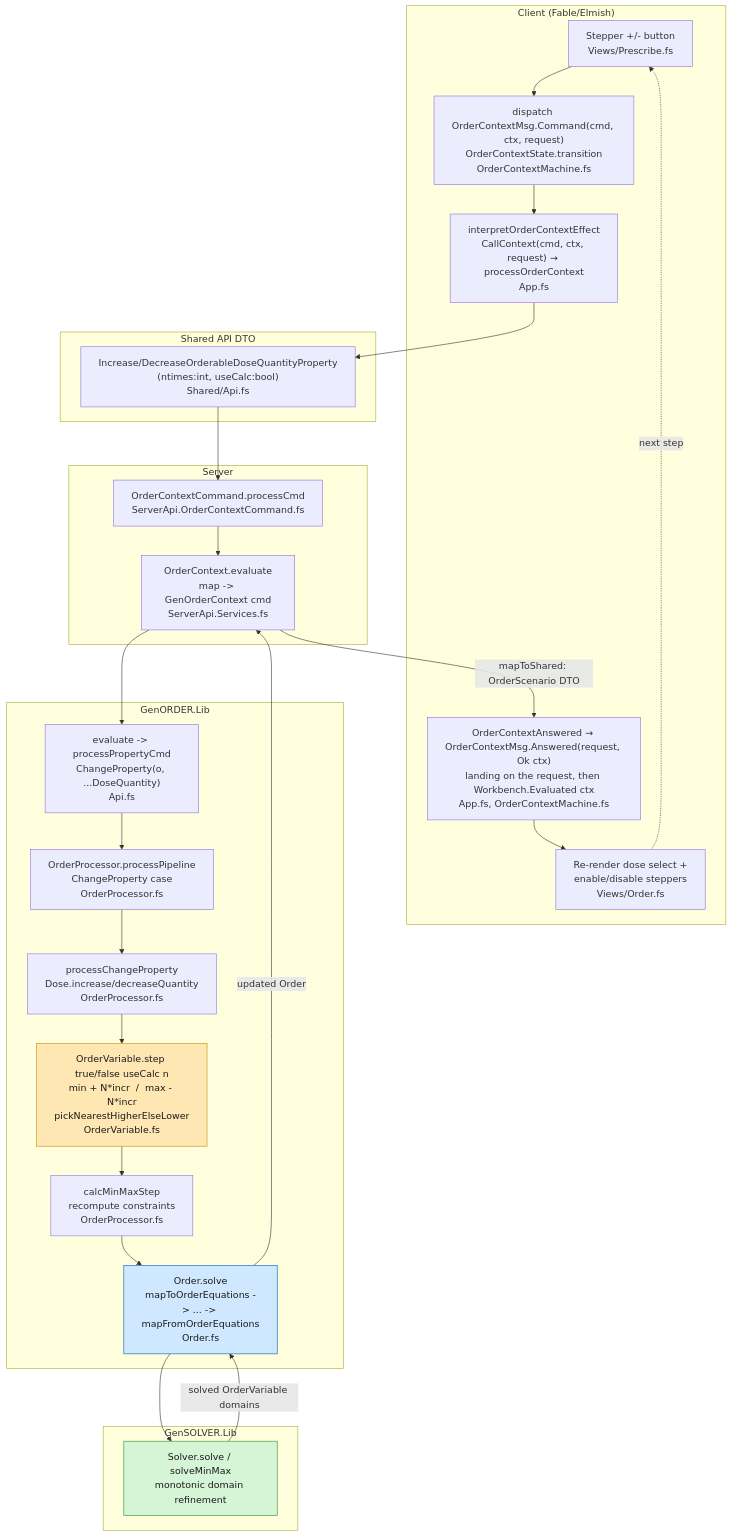
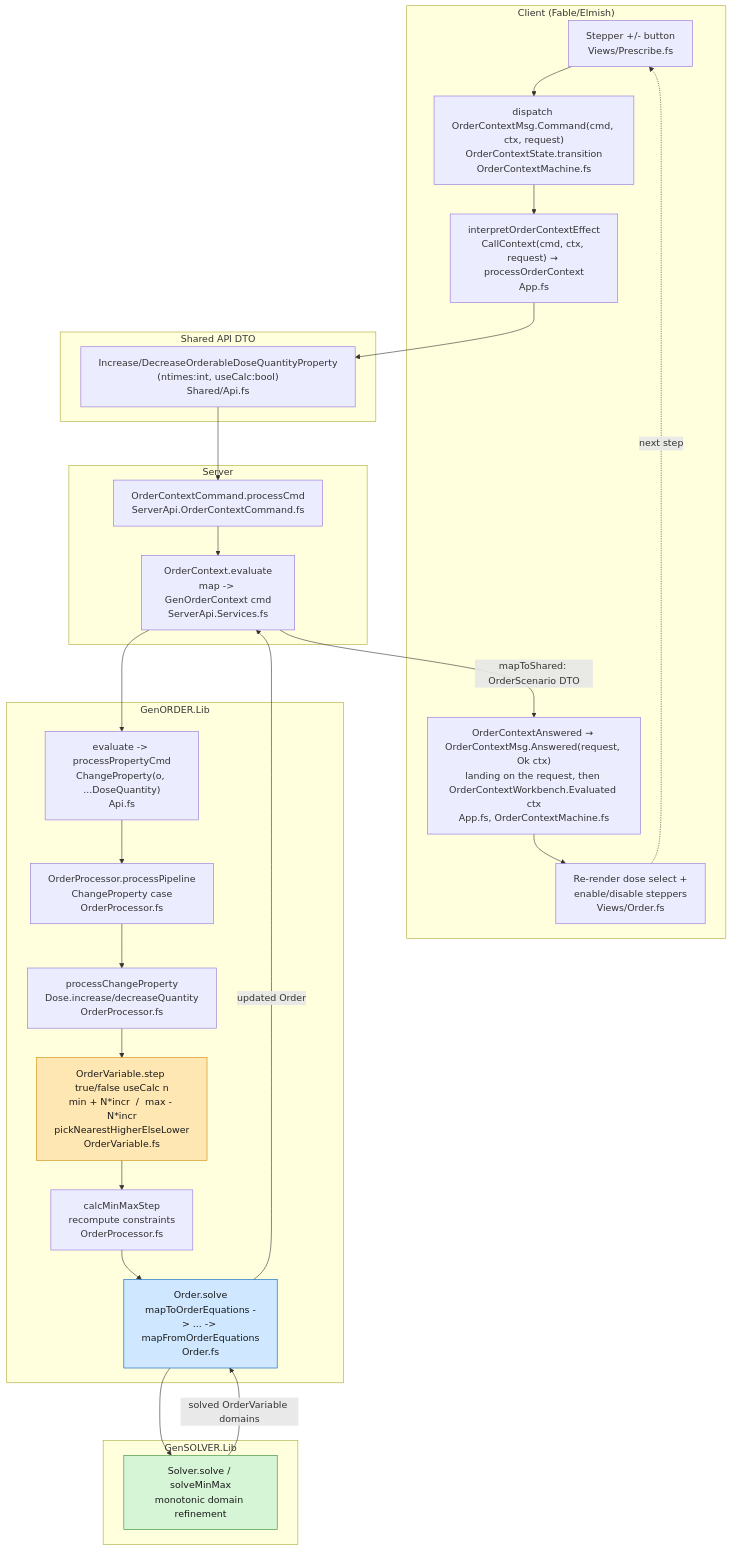
One commit to informedica/GenPRES changed the first of 2 diagrams in docs/domain/dose-quantity-stepping-flow.md. Above: the diagram before and after it, drawn with Mermaid. The commit also changed other lines of this file and 2 other files, not shown here.

First line of the commit message:
refactor(client): the workbench tier named after its lane

````diff
--- a/docs/domain/dose-quantity-stepping-flow.md
+++ b/docs/domain/dose-quantity-stepping-flow.md
@@ -7,43 +7,43 @@
 ```mermaid
 flowchart TD
     subgraph CLIENT["Client (Fable/Elmish)"]
         UI["Stepper +/- button<br/>Views/Prescribe.fs"]
         MSG["dispatch OrderContextMsg.Command(cmd, ctx, request)<br/>OrderContextState.transition<br/>OrderContextMachine.fs"]
         CALL["interpretOrderContextEffect<br/>CallContext(cmd, ctx, request) → processOrderContext<br/>App.fs"]
-        RESP["OrderContextAnswered → OrderContextMsg.Answered(request, Ok ctx)<br/>landing on the request, then Workbench.Evaluated ctx<br/>App.fs, OrderContextMachine.fs"]
+        RESP["OrderContextAnswered → OrderContextMsg.Answered(request, Ok ctx)<br/>landing on the request, then OrderContextWorkbench.Evaluated ctx<br/>App.fs, OrderContextMachine.fs"]
         RENDER["Re-render dose select +<br/>enable/disable steppers<br/>Views/Order.fs"]
     end
 
     subgraph SHARED["Shared API DTO"]
         CMD["Increase/DecreaseOrderableDoseQuantityProperty<br/>(ntimes:int, useCalc:bool)<br/>Shared/Api.fs"]
     end
 
     subgraph SERVER["Server"]
         SCMD["OrderContextCommand.processCmd<br/>ServerApi.OrderContextCommand.fs"]
         SEVAL["OrderContext.evaluate<br/>map -> GenOrderContext cmd<br/>ServerApi.Services.fs"]
     end
 
     subgraph GENORDER["GenORDER.Lib"]
         GEVAL["evaluate -> processPropertyCmd<br/>ChangeProperty(o, ...DoseQuantity)<br/>Api.fs"]
         PIPE["OrderProcessor.processPipeline<br/>ChangeProperty case<br/>OrderProcessor.fs"]
         PCHANGE["processChangeProperty<br/>Dose.increase/decreaseQuantity<br/>OrderProcessor.fs"]
         STEP["OrderVariable.step true/false useCalc n<br/>min + N*incr  /  max - N*incr<br/>pickNearestHigherElseLower<br/>OrderVariable.fs"]
         CALCMM["calcMinMaxStep<br/>recompute constraints<br/>OrderProcessor.fs"]
         SOLVE["Order.solve<br/>mapToOrderEquations -> ... -> mapFromOrderEquations<br/>Order.fs"]
     end
 
     subgraph SOLVER["GenSOLVER.Lib"]
         GS["Solver.solve / solveMinMax<br/>monotonic domain refinement"]
     end
 
     UI --> MSG --> CALL --> CMD --> SCMD --> SEVAL --> GEVAL --> PIPE --> PCHANGE --> STEP --> CALCMM --> SOLVE --> GS
     GS -->|solved OrderVariable domains| SOLVE
     SOLVE -->|updated Order| SEVAL
     SEVAL -->|mapToShared: OrderScenario DTO| RESP
     RESP --> RENDER
     RENDER -.->|next step| UI
 
     style STEP fill:#ffe7b3,stroke:#cc8800,color:#1a1a1a
     style SOLVE fill:#cfe8ff,stroke:#005bbb,color:#1a1a1a
     style GS fill:#d6f5d6,stroke:#2e8b2e,color:#1a1a1a
 ```
````
